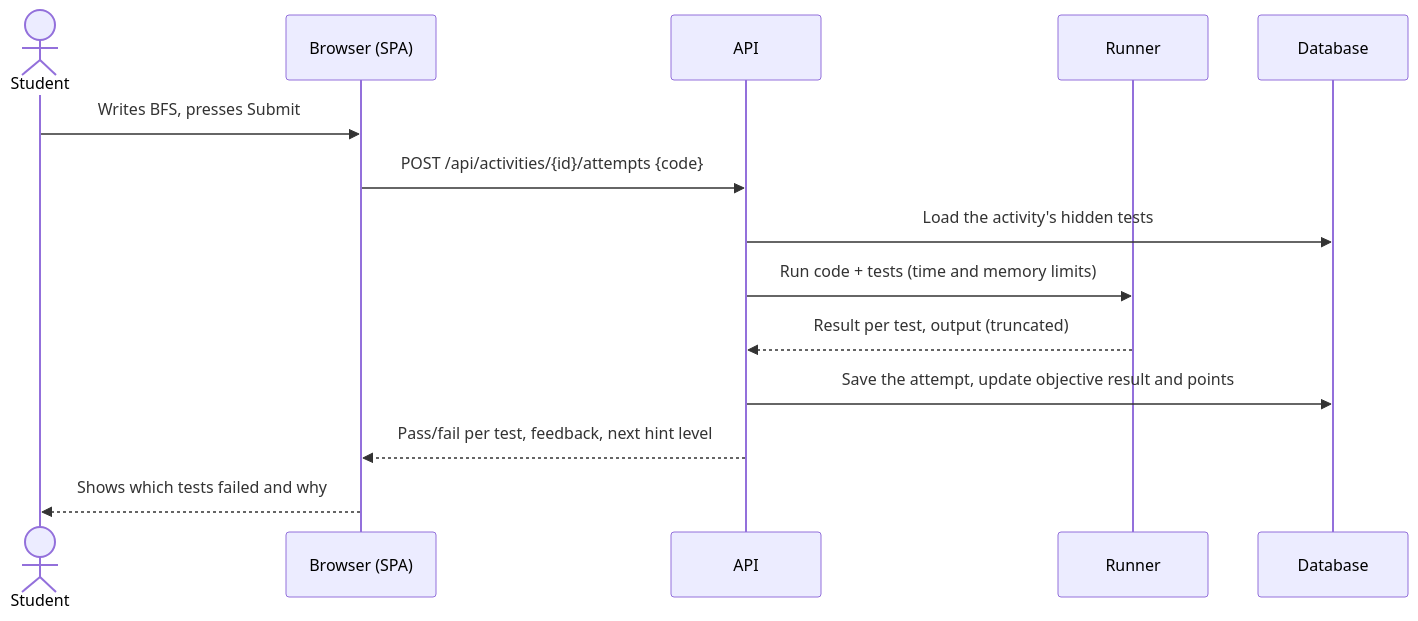
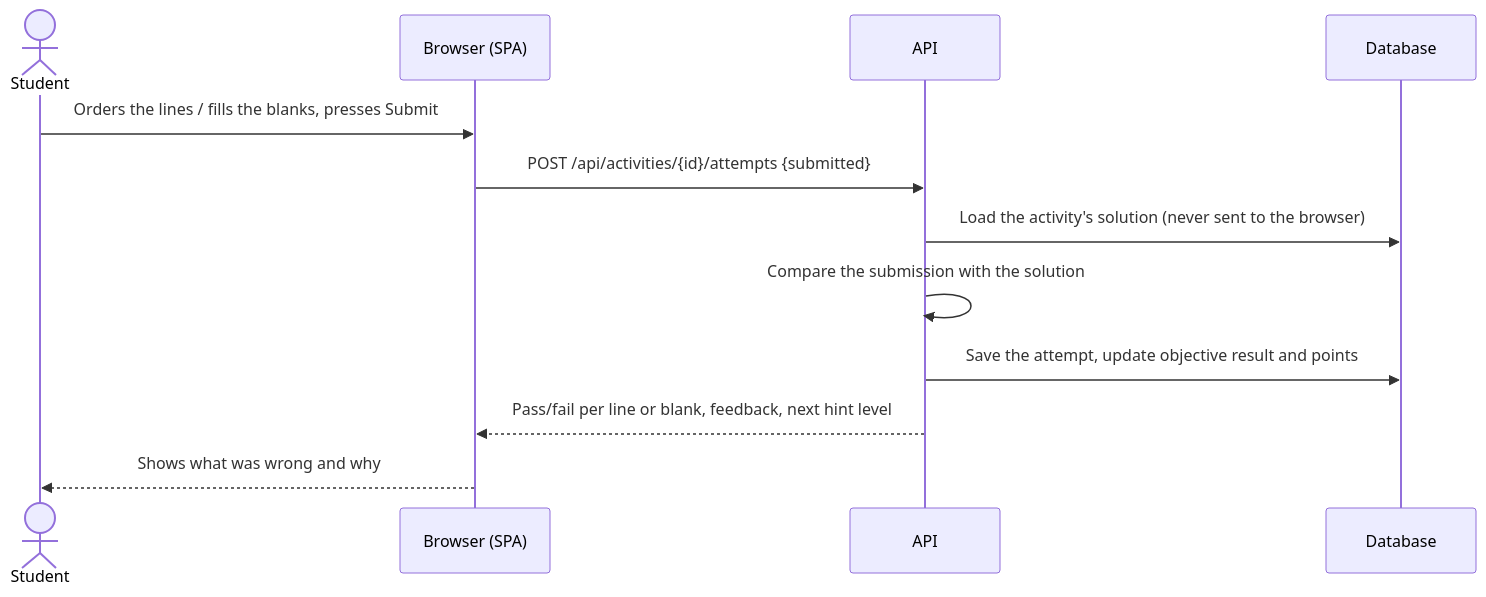
The second of 4 diagrams in docs/se/se-document.md (ctrl-group-cos750/cos750-project), drawn with Mermaid before and after one commit. The commit also changed other lines of this file and 26 other files, not shown here.

````diff
--- a/docs/se/se-document.md
+++ b/docs/se/se-document.md
@@ -258,16 +256,14 @@
 ```mermaid
 sequenceDiagram
     actor S as Student
     participant W as Browser (SPA)
     participant A as API
-    participant R as Runner
     participant D as Database
-    S->>W: Writes BFS, presses Submit
-    W->>A: POST /api/activities/{id}/attempts {code}
-    A->>D: Load the activity's hidden tests
-    A->>R: Run code + tests (time and memory limits)
-    R-->>A: Result per test, output (truncated)
+    S->>W: Orders the lines / fills the blanks, presses Submit
+    W->>A: POST /api/activities/{id}/attempts {submitted}
+    A->>D: Load the activity's solution (never sent to the browser)
+    A->>A: Compare the submission with the solution
     A->>D: Save the attempt, update objective result and points
-    A-->>W: Pass/fail per test, feedback, next hint level
-    W-->>S: Shows which tests failed and why
+    A-->>W: Pass/fail per line or blank, feedback, next hint level
+    W-->>S: Shows what was wrong and why
 ```
````
